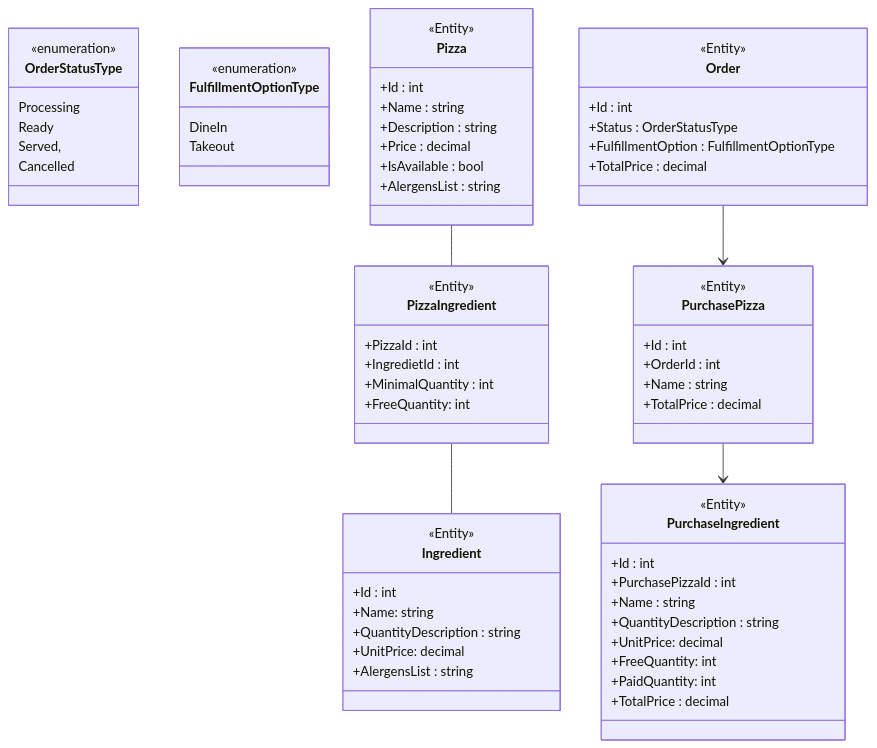
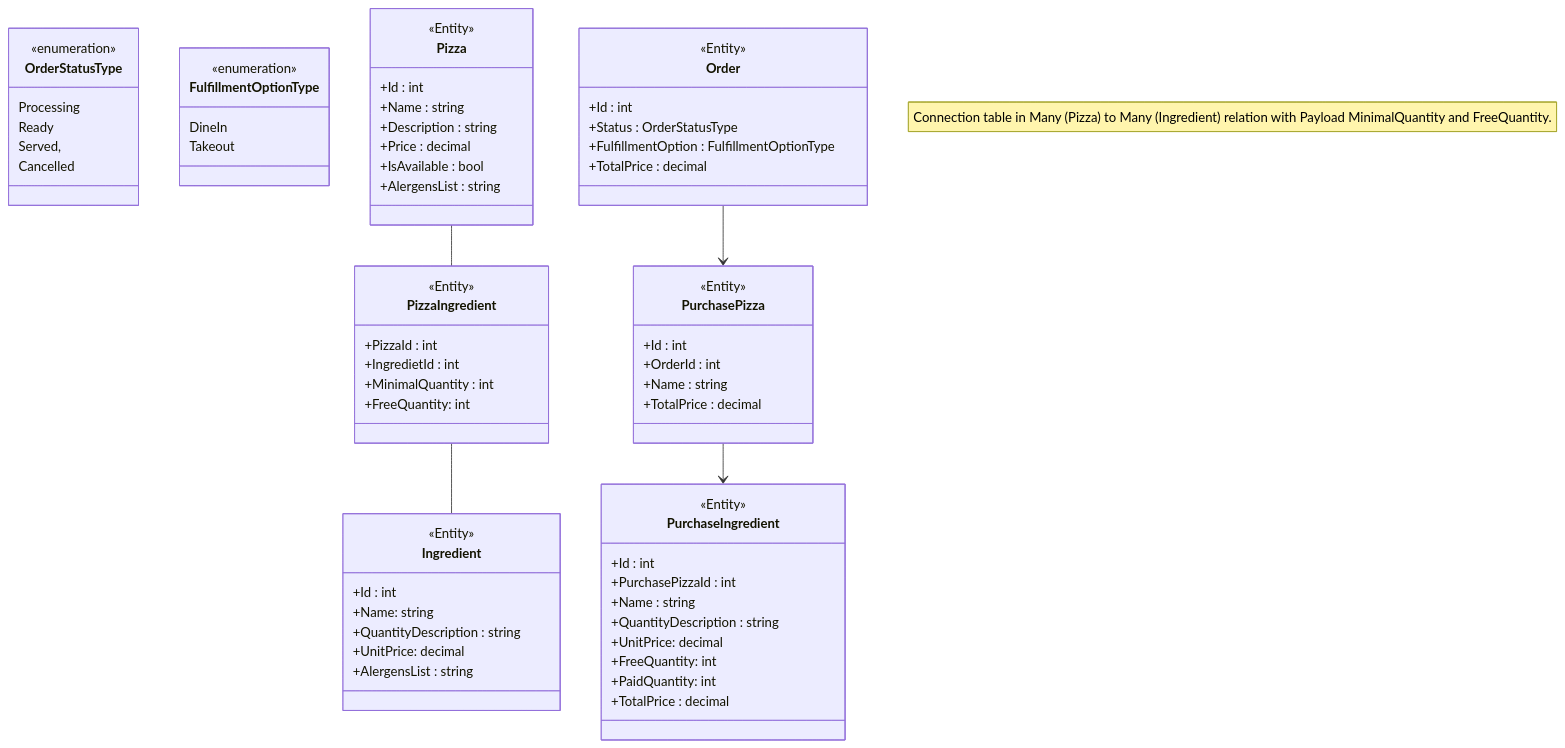
Before and after one commit to ekral/FAI: the first of 2 diagrams in AF/src/Utb.PizzaKiosk/README.md, drawn with Mermaid.

````diff
--- a/AF/src/Utb.PizzaKiosk/README.md
+++ b/AF/src/Utb.PizzaKiosk/README.md
@@ -175,77 +175,78 @@
 ```mermaid
 classDiagram
 
    class OrderStatusType{
       <<enumeration>>
       Processing
       Ready
       Served,
       Cancelled
    }
 
    class FulfillmentOptionType{
       <<enumeration>>
       DineIn
       Takeout
    }
 
    class Pizza {
       <<Entity>>
       +Id : int
       +Name : string
       +Description : string
       +Price : decimal
       +IsAvailable : bool
       +AlergensList : string
    }
 
+   note for MyClass "Connection table in Many (Pizza) to Many (Ingredient) relation with Payload MinimalQuantity and FreeQuantity."
    class PizzaIngredient {
       <<Entity>>
       +PizzaId : int
       +IngredietId : int
       +MinimalQuantity : int
       +FreeQuantity: int
    }
 
   class Ingredient {
       <<Entity>>
       +Id : int
       +Name: string
       +QuantityDescription : string
       +UnitPrice: decimal
       +AlergensList : string
   }
 
   class Order {
       <<Entity>>
       +Id : int
       +Status : OrderStatusType
       +FulfillmentOption : FulfillmentOptionType
       +TotalPrice : decimal
    }
 
    class PurchasePizza {
       <<Entity>>
       +Id : int
       +OrderId : int
       +Name : string
       +TotalPrice : decimal
    }
 
    class PurchaseIngredient {
       <<Entity>>
       +Id : int
       +PurchasePizzaId : int
       +Name : string
       +QuantityDescription : string
       +UnitPrice: decimal
       +FreeQuantity: int
       +PaidQuantity: int
       +TotalPrice : decimal
    }
 
    Pizza -- PizzaIngredient
    PizzaIngredient -- Ingredient
    Order --> PurchasePizza
    PurchasePizza --> PurchaseIngredient
 ```
````
